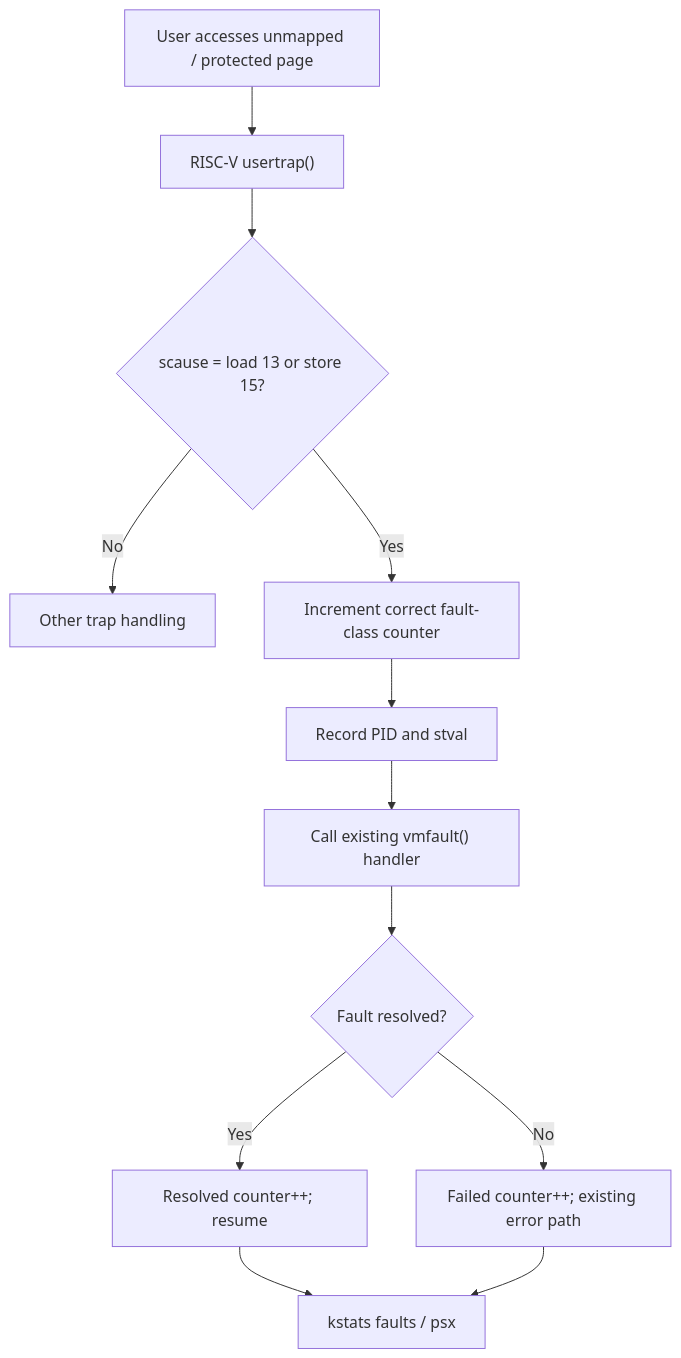
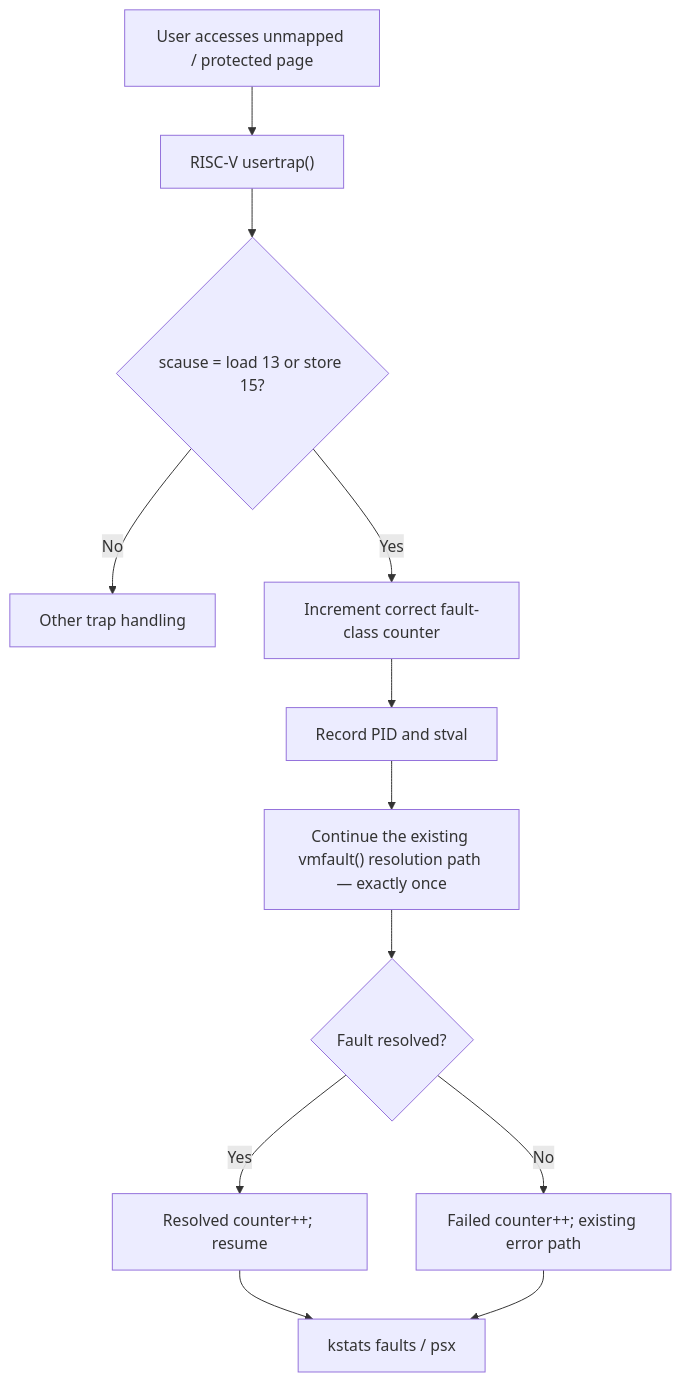
Before and after one commit to haseebniazii/KStatsPlus-xv6-RISC-V: the sixth of 12 diagrams in README.md, drawn with Mermaid. The commit also changed other lines of this file, not shown here.

````diff
--- a/README.md
+++ b/README.md
@@ -282,14 +268,14 @@
 ```mermaid
 flowchart TD
     A["User accesses unmapped / protected page"] --> B["RISC-V usertrap()"]
     B --> C{"scause = load 13 or store 15?"}
     C -- No --> X["Other trap handling"]
     C -- Yes --> D["Increment correct fault-class counter"]
     D --> E["Record PID and stval"]
-    E --> F["Call existing vmfault() handler"]
+    E --> F["Continue the existing vmfault() resolution path — exactly once"]
     F --> G{"Fault resolved?"}
     G -- Yes --> H["Resolved counter++; resume"]
     G -- No --> I["Failed counter++; existing error path"]
     H --> J["kstats faults / psx"]
     I --> J
 ```
````
